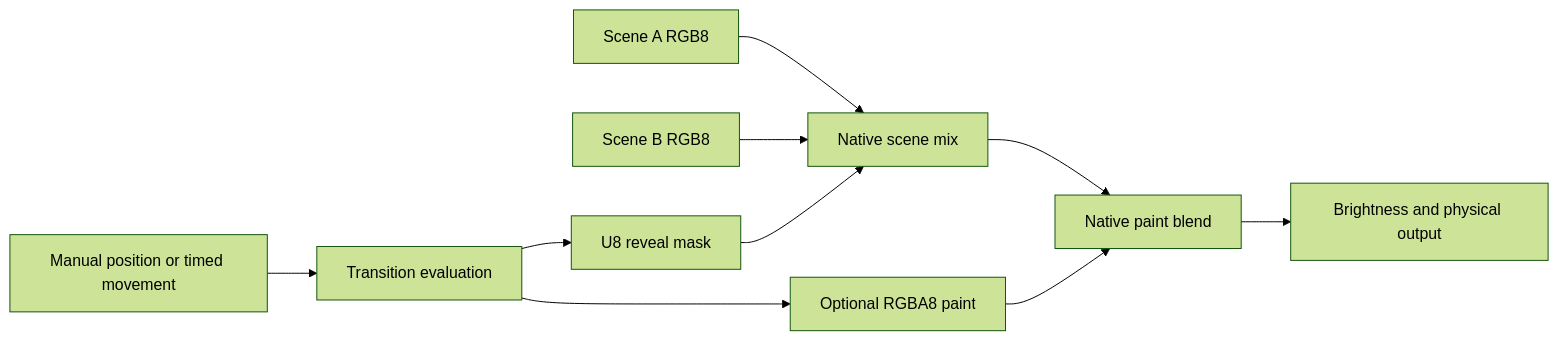
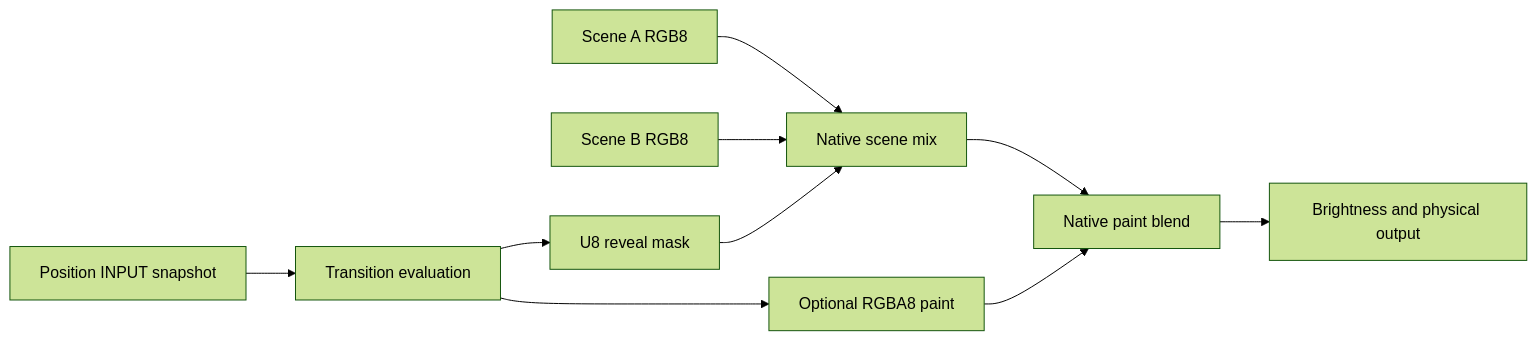
The second of 2 diagrams in docs/design/feature-proposal-ab-transitions.md (KajLights/lightvm), drawn with Mermaid (forest theme) before and after one commit. The commit also changed other lines of this file and 2 other files, not shown here.

Commit message:
docs: define A/B INPUT architecture and lifecycle

````diff
--- a/docs/design/feature-proposal-ab-transitions.md
+++ b/docs/design/feature-proposal-ab-transitions.md
@@ -453,12 +931,12 @@
 ```mermaid
 flowchart LR
     A[Scene A RGB8] --> M[Native scene mix]
     B[Scene B RGB8] --> M
-    C[Manual position or timed movement] --> T[Transition evaluation]
+    C[Position INPUT snapshot] --> T[Transition evaluation]
     T --> R[U8 reveal mask]
     R --> M
     T --> P[Optional RGBA8 paint]
     M --> O[Native paint blend]
     P --> O
     O --> D[Brightness and physical output]
 ```
````
